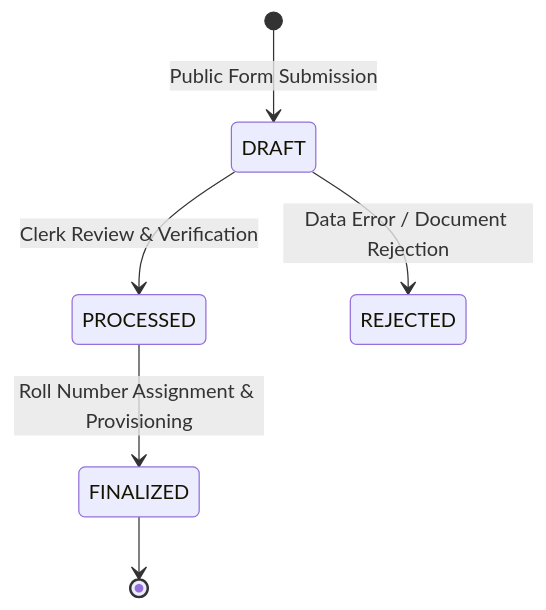
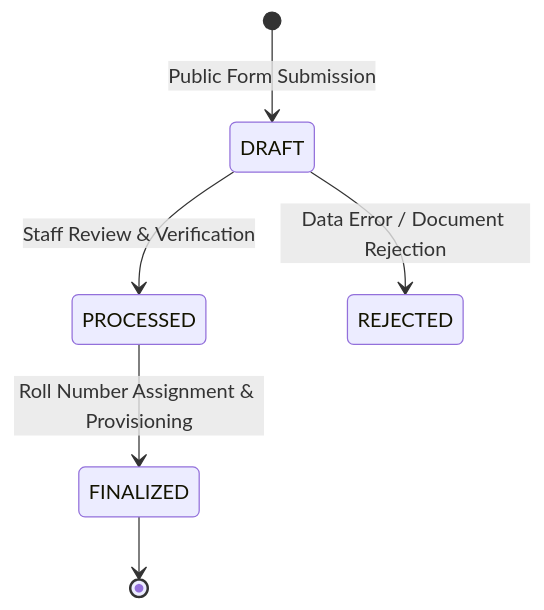
The second of 3 diagrams in DOCUMENTATION/features/admissions.md (GouthamA15/KUCET_College_Management_System), drawn with Mermaid before and after one commit. The commit also changed other lines of this file and 21 other files, not shown here.

````diff
--- a/DOCUMENTATION/features/admissions.md
+++ b/DOCUMENTATION/features/admissions.md
@@ -71,8 +71,8 @@
 ```mermaid
 stateDiagram-v2
     [*] --> DRAFT : Public Form Submission
-    DRAFT --> PROCESSED : Clerk Review & Verification
+    DRAFT --> PROCESSED : Staff Review & Verification
     DRAFT --> REJECTED : Data Error / Document Rejection
     PROCESSED --> FINALIZED : Roll Number Assignment & Provisioning
     FINALIZED --> [*]
 ```
````
